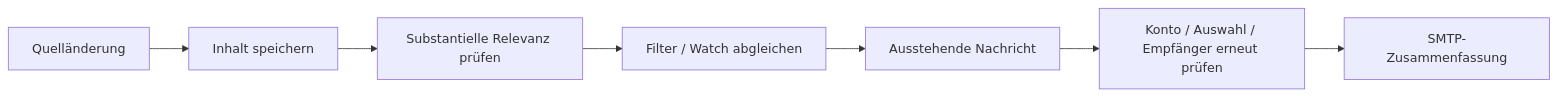
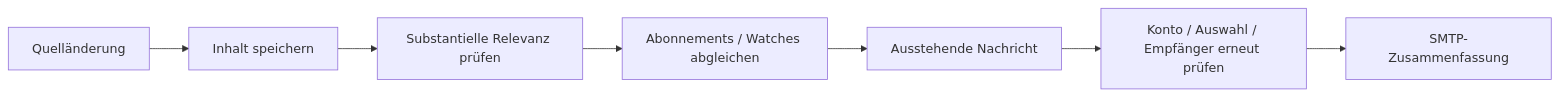
Before and after one commit to FatihHayyar/wwf-polit-assistant: the diagram in docs/04-technical-concepts/notification-concept.md, drawn with Mermaid. The commit also changed 33 other files, not shown here.

````diff
--- a/docs/04-technical-concepts/notification-concept.md
+++ b/docs/04-technical-concepts/notification-concept.md
@@ -3,9 +3,9 @@
 ```mermaid
 flowchart LR
     change[Quelländerung] --> persist[Inhalt speichern]
     persist --> policy[Substantielle Relevanz prüfen]
-    policy --> match[Filter / Watch abgleichen]
+    policy --> match[Abonnements / Watches abgleichen]
     match --> pending[Ausstehende Nachricht]
     pending --> recheck[Konto / Auswahl / Empfänger erneut prüfen]
     recheck --> smtp[SMTP-Zusammenfassung]
 ```
````
